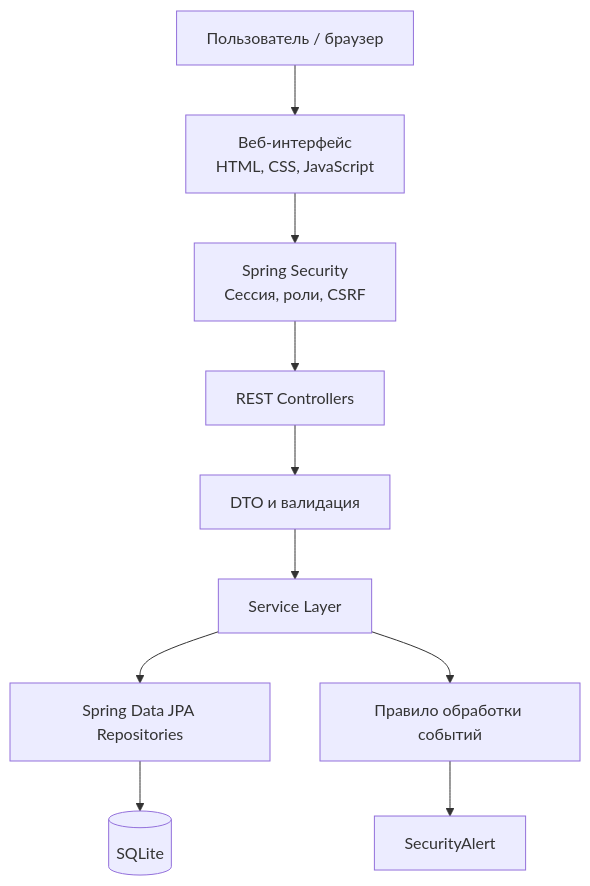
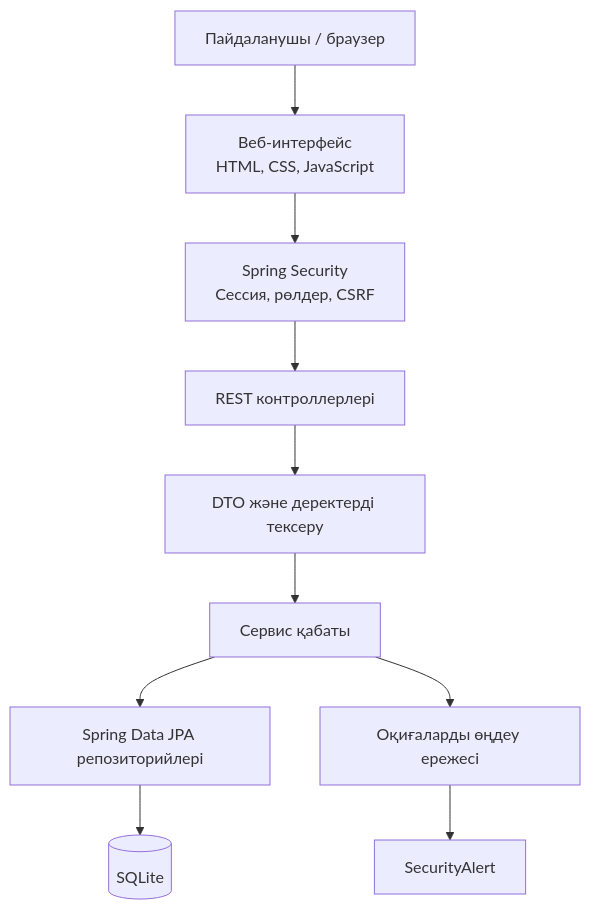
One commit to FURIA-Team/-SIEM changed the first of 4 diagrams in README.md. Above: the diagram before and after it, drawn with Mermaid. The commit also changed other lines of this file, not shown here.

````diff
--- a/README.md
+++ b/README.md
@@ -100,12 +98,12 @@
 ```mermaid
 flowchart TD
-    A["Пользователь / браузер"] --> B["Веб-интерфейс<br/>HTML, CSS, JavaScript"]
-    B --> C["Spring Security<br/>Сессия, роли, CSRF"]
-    C --> D["REST Controllers"]
-    D --> E["DTO и валидация"]
-    E --> F["Service Layer"]
-    F --> G["Spring Data JPA Repositories"]
+    A["Пайдаланушы / браузер"] --> B["Веб-интерфейс<br/>HTML, CSS, JavaScript"]
+    B --> C["Spring Security<br/>Сессия, рөлдер, CSRF"]
+    C --> D["REST контроллерлері"]
+    D --> E["DTO және деректерді тексеру"]
+    E --> F["Сервис қабаты"]
+    F --> G["Spring Data JPA репозиторийлері"]
     G --> H[("SQLite")]
-    F --> I["Правило обработки событий"]
+    F --> I["Оқиғаларды өңдеу ережесі"]
     I --> J["SecurityAlert"]
 ```
````
